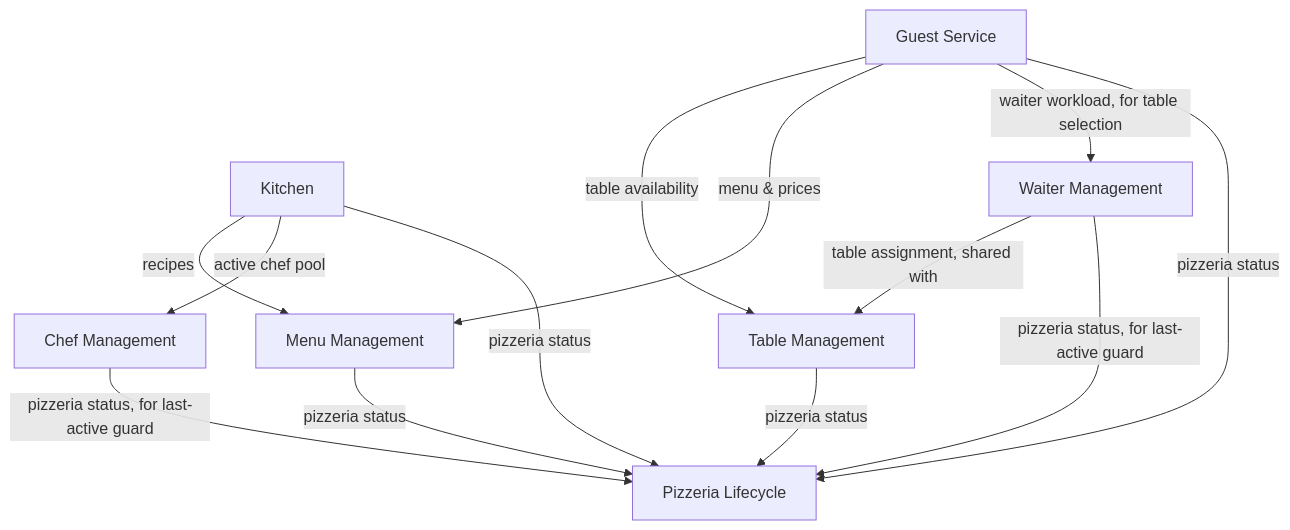
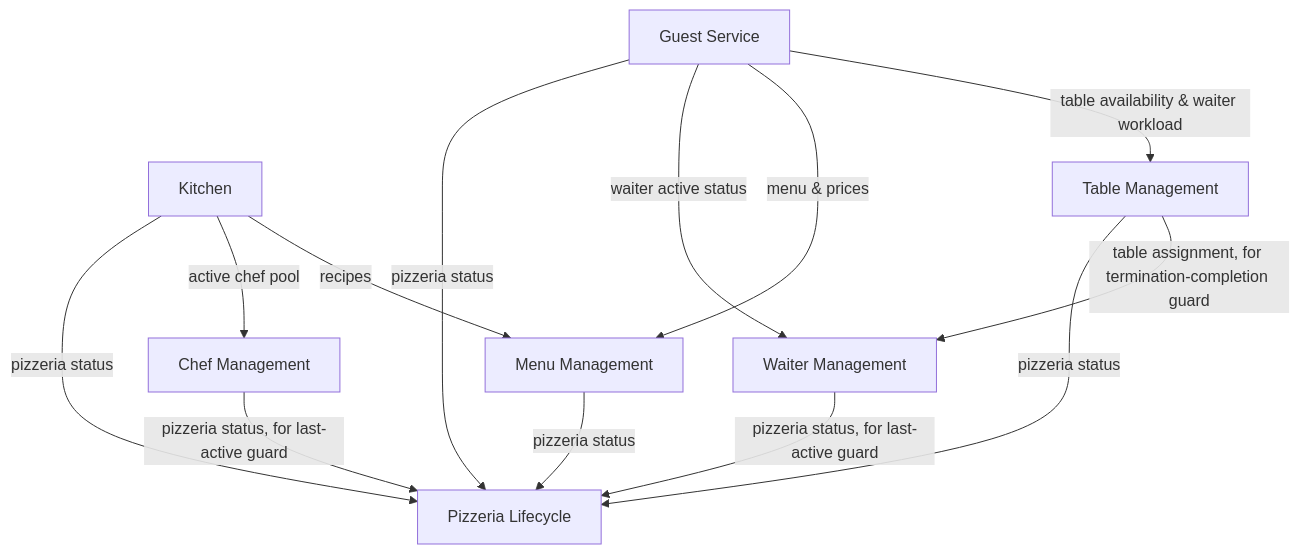
One commit to mmalessa/pizzeria changed the diagram in doc/03_decompose_subdomains.md. Above: the diagram before and after it, drawn with Mermaid. The commit also changed other lines of this file and 3 other files, not shown here.

Commit message:
Move table-waiter assignment to Table Management and restrict table/menu changes to Closed state

````diff
--- a/doc/03_decompose_subdomains.md
+++ b/doc/03_decompose_subdomains.md
@@ -113,27 +113,27 @@
 ```mermaid
 flowchart TD
 
 GS[Guest Service]
 K[Kitchen]
 WM[Waiter Management]
 CM[Chef Management]
 PL[Pizzeria Lifecycle]
 TM[Table Management]
 MM[Menu Management]
 
-GS -->|table availability| TM
+GS -->|table availability & waiter workload| TM
 GS -->|menu & prices| MM
-GS -->|waiter workload, for table selection| WM
+GS -->|waiter active status| WM
 GS -->|pizzeria status| PL
 
 K -->|recipes| MM
 K -->|active chef pool| CM
 K -->|pizzeria status| PL
 
-WM -->|table assignment, shared with| TM
+TM -->|table assignment, for termination-completion guard| WM
 WM -->|pizzeria status, for last-active guard| PL
 CM -->|pizzeria status, for last-active guard| PL
 
 TM -->|pizzeria status| PL
 MM -->|pizzeria status| PL
 ```
````
